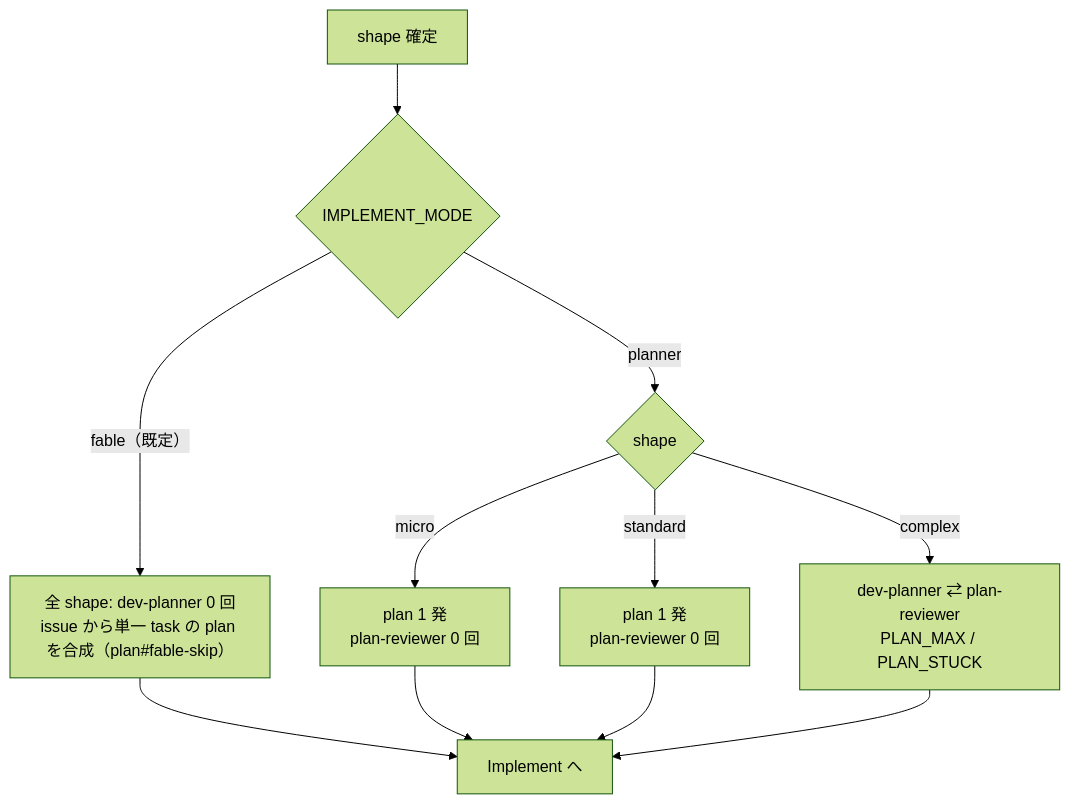
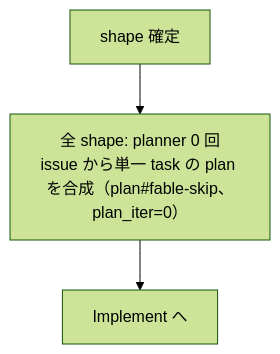
The fourth of 14 diagrams in docs/dev-flow-atlas.md (it-all-playpark/skills), drawn with Mermaid (forest theme) before and after one commit. The commit also changed other lines of this file and 114 other files, not shown here.

````diff
--- a/docs/dev-flow-atlas.md
+++ b/docs/dev-flow-atlas.md
@@ -114,13 +114,5 @@
 ```mermaid
 flowchart TD
-    IN["shape 確定"] --> M0{"IMPLEMENT_MODE"}
-    M0 -->|fable（既定）| PF["全 shape: dev-planner 0 回<br/>issue から単一 task の plan を合成（plan#fable-skip）"]
-    M0 -->|planner| P0{"shape"}
-    P0 -->|micro| P1["plan 1 発<br/>plan-reviewer 0 回"]
-    P0 -->|standard| P2["plan 1 発<br/>plan-reviewer 0 回"]
-    P0 -->|complex| P3["dev-planner ⇄ plan-reviewer<br/>PLAN_MAX / PLAN_STUCK"]
+    IN["shape 確定"] --> PF["全 shape: planner 0 回<br/>issue から単一 task の plan を合成（plan#fable-skip、plan_iter=0）"]
     PF --> OUT["Implement へ"]
-    P1 --> OUT
-    P2 --> OUT
-    P3 --> OUT
 ```
````
